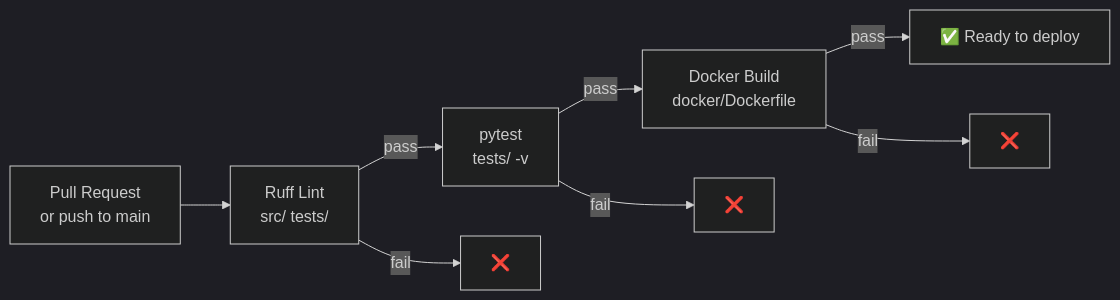
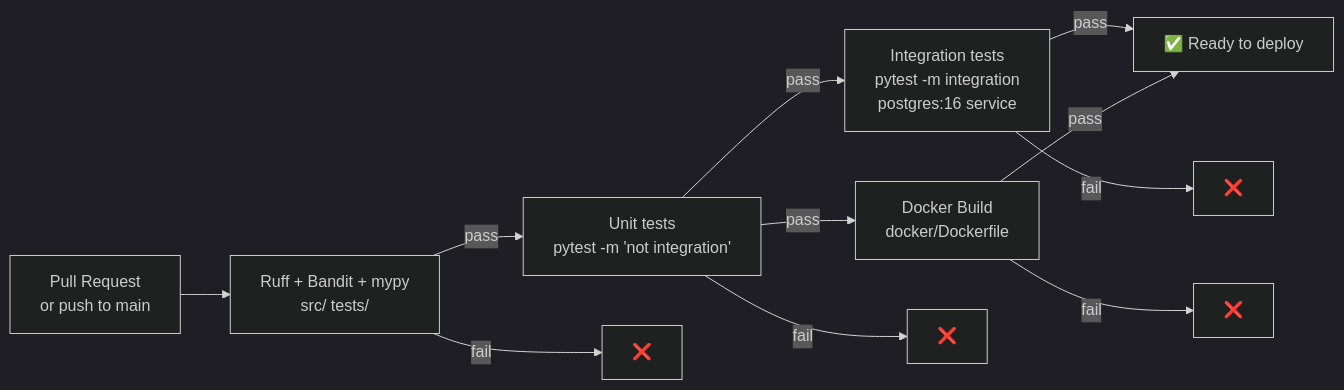
One commit to ManjunathGovindaraju/fastmcp-production-template changed the fourth of 7 diagrams in README.md. Above: the diagram before and after it, drawn with Mermaid (dark theme). The commit also changed other lines of this file and 23 other files, not shown here.

````diff
--- a/README.md
+++ b/README.md
@@ -198,16 +216,19 @@
 ```mermaid
 flowchart LR
     PR["Pull Request<br/>or push to main"]
-    Lint["Ruff Lint<br/>src/ tests/"]
-    Test["pytest<br/>tests/ -v"]
+    Lint["Ruff + Bandit + mypy<br/>src/ tests/"]
+    Unit["Unit tests<br/>pytest -m 'not integration'"]
+    Int["Integration tests<br/>pytest -m integration<br/>postgres:16 service"]
     Docker["Docker Build<br/>docker/Dockerfile"]
     Done["✅ Ready to deploy"]
 
     PR --> Lint
-    Lint -->|pass| Test
-    Test -->|pass| Docker
+    Lint -->|pass| Unit
+    Unit -->|pass| Int & Docker
+    Int -->|pass| Done
     Docker -->|pass| Done
     Lint -->|fail| X1["❌"]
-    Test -->|fail| X2["❌"]
-    Docker -->|fail| X3["❌"]
+    Unit -->|fail| X2["❌"]
+    Int -->|fail| X3["❌"]
+    Docker -->|fail| X4["❌"]
 ```
````
